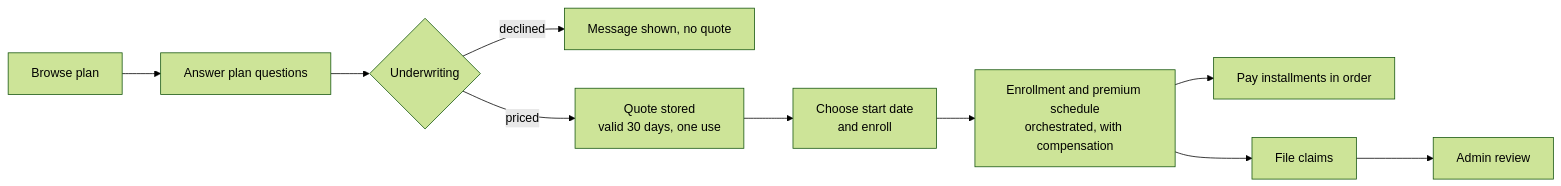
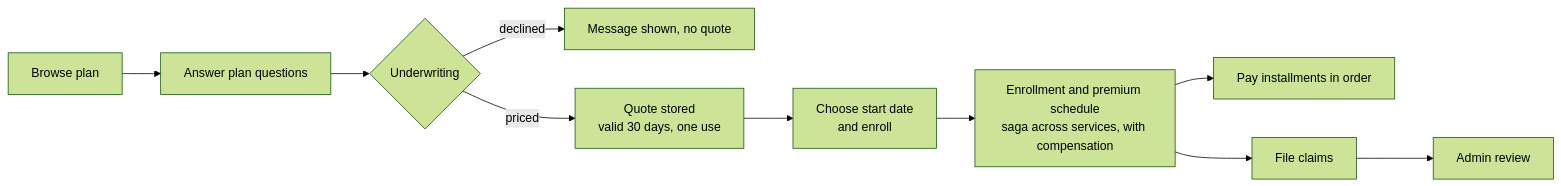
The eighth of 11 diagrams in docs/ARCHITECTURE.md (organizedanvrchy/Insurance-Full-Stack-App), drawn with Mermaid (forest theme) before and after one commit. The commit also changed other lines of this file and 253 other files, not shown here.

````diff
--- a/docs/ARCHITECTURE.md
+++ b/docs/ARCHITECTURE.md
@@ -286,12 +334,12 @@
 ```mermaid
 flowchart LR
     A["Browse plan"] --> B["Answer plan questions"]
     B --> C{"Underwriting"}
     C -- "declined" --> X["Message shown, no quote"]
     C -- "priced" --> D["Quote stored<br/>valid 30 days, one use"]
     D --> E["Choose start date<br/>and enroll"]
-    E --> F["Enrollment and premium schedule<br/>orchestrated, with compensation"]
+    E --> F["Enrollment and premium schedule<br/>saga across services, with compensation"]
     F --> G["Pay installments in order"]
     F --> H["File claims"]
     H --> I["Admin review"]
 ```
````
